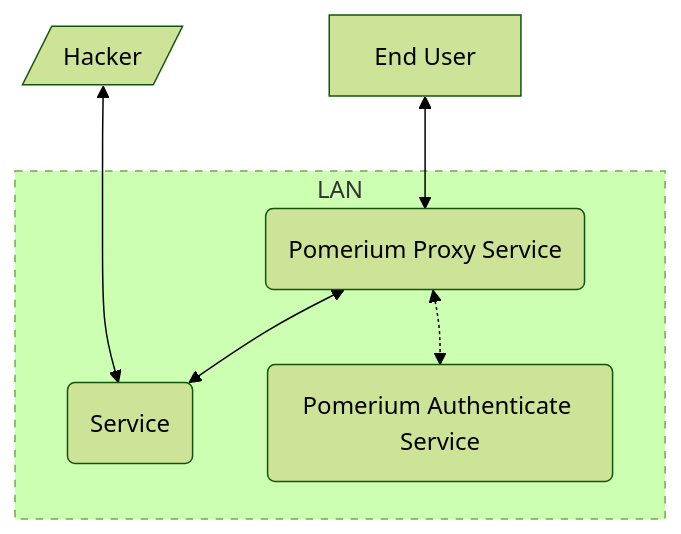
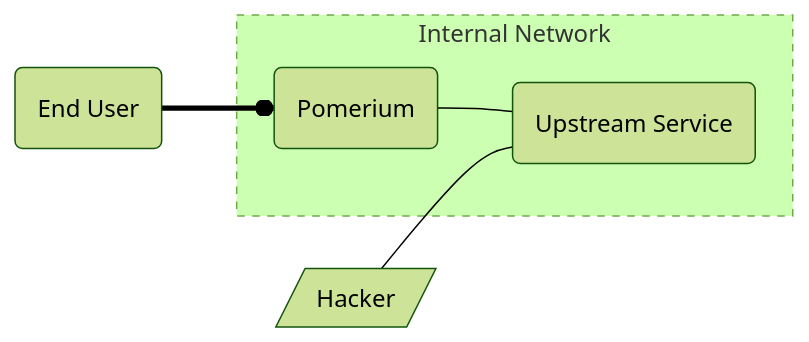
The second of 16 diagrams in docs/docs/topics/mutual-auth.md (pomerium/pomerium), drawn with Mermaid (forest theme) before and after one commit. The commit also changed other lines of this file and 1 other file, not shown here.

````diff
--- a/docs/docs/topics/mutual-auth.md
+++ b/docs/docs/topics/mutual-auth.md
@@ -57,15 +57,12 @@
 ```mermaid
-flowchart TD
-    D[End User]
-    D <--> A
-    E[/Hacker/]
-    E<--->C
-    subgraph LAN
-    style LAN stroke-dasharray: 5 5
-    A(Pomerium Proxy Service)
-    B(Pomerium Authenticate Service)
-    A <-.-> B
-    C(Service)
-    A <--> C
-    end
+flowchart LR
+  C(End User)
+  C==o A
+  subgraph lan[Internal Network]
+    style lan stroke-dasharray: 5 5
+    A(Pomerium)
+    B(Upstream Service)
+    A --- B
+  end
+  E[/Hacker/]---B
 ```
````
